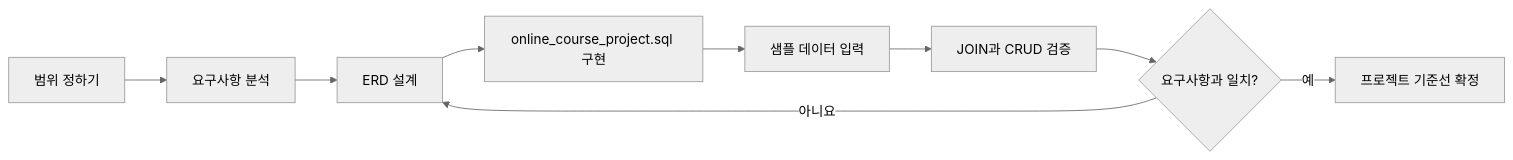
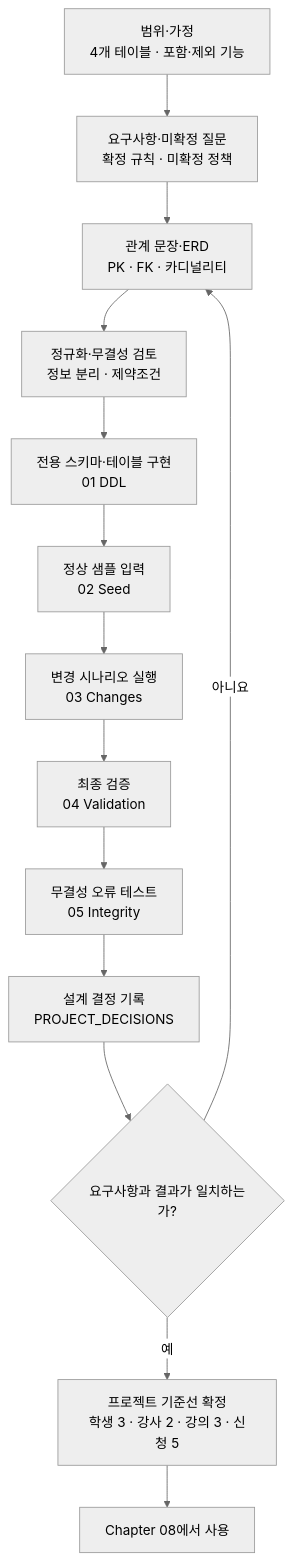
The diagram in images/chapter07/ch07_01_project_flow.mmd (GilbertMoon/ai-database-book), drawn with Mermaid (neutral theme) before and after one commit. The commit also changed 19 other files, not shown here.

```diff
--- a/images/chapter07/ch07_01_project_flow.mmd
+++ b/images/chapter07/ch07_01_project_flow.mmd
@@ -1,9 +1,18 @@
-flowchart LR
-    A[범위 정하기] --> B[요구사항 분석]
-    B --> C[ERD 설계]
-    C --> D[online_course_project.sql 구현]
-    D --> E[샘플 데이터 입력]
-    E --> F[JOIN과 CRUD 검증]
-    F --> G{요구사항과 일치?}
-    G -- 예 --> H[프로젝트 기준선 확정]
-    G -- 아니요 --> C
+flowchart TD
+    A[범위·가정<br/>4개 테이블 · 포함·제외 기능]
+    B[요구사항·미확정 질문<br/>확정 규칙 · 미확정 정책]
+    C[관계 문장·ERD<br/>PK · FK · 카디널리티]
+    D[정규화·무결성 검토<br/>정보 분리 · 제약조건]
+    E[전용 스키마·테이블 구현<br/>01 DDL]
+    F[정상 샘플 입력<br/>02 Seed]
+    G[변경 시나리오 실행<br/>03 Changes]
+    H[최종 검증<br/>04 Validation]
+    I[무결성 오류 테스트<br/>05 Integrity]
+    J[설계 결정 기록<br/>PROJECT_DECISIONS]
+    K{요구사항과 결과가 일치하는가?}
+    L[프로젝트 기준선 확정<br/>학생 3 · 강사 2 · 강의 3 · 신청 5]
+    M[Chapter 08에서 사용]
+
+    A --> B --> C --> D --> E --> F --> G --> H --> I --> J --> K
+    K -- 예 --> L --> M
+    K -- 아니요 --> C
```
